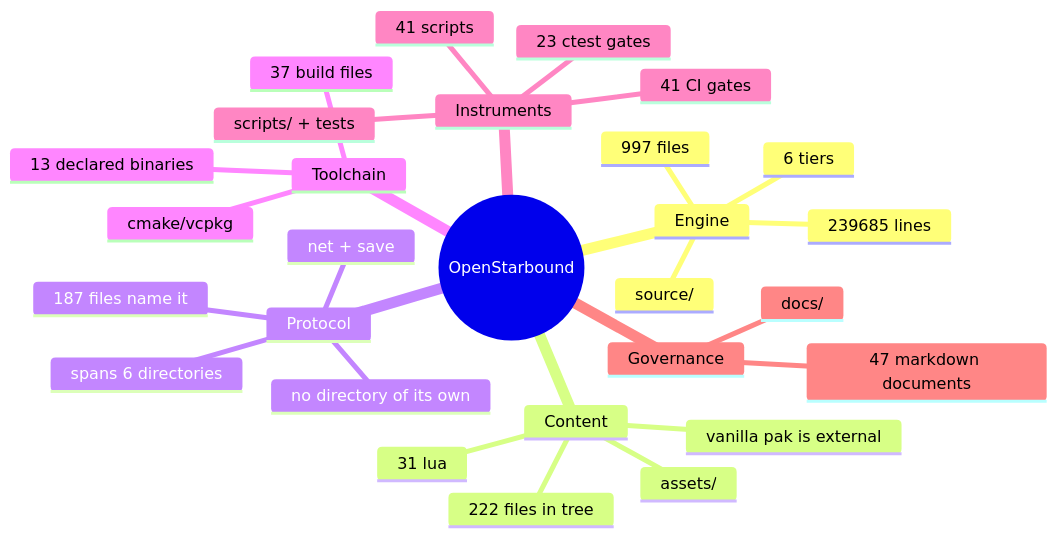
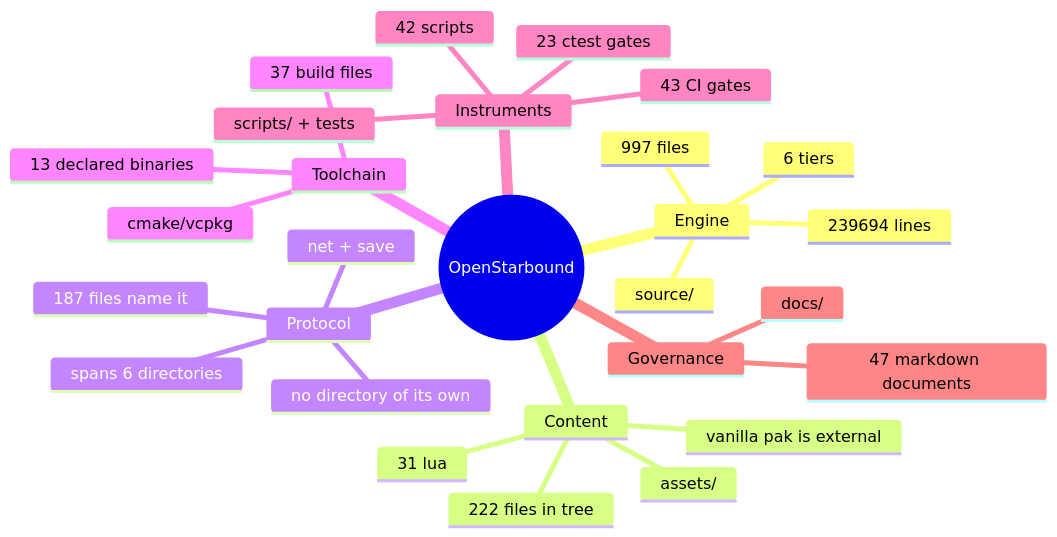
The second of 11 diagrams in docs/architecture/system-boundaries.md (apnex/OpenStarbound), drawn with Mermaid before and after one commit. The commit also changed other lines of this file and 4 other files, not shown here.

````diff
--- a/docs/architecture/system-boundaries.md
+++ b/docs/architecture/system-boundaries.md
@@ -166,31 +166,31 @@
 ```mermaid
 mindmap
   root((OpenStarbound))
     Engine
       source/
       997 files
-      239685 lines
+      239694 lines
       6 tiers
     Content
       assets/
       222 files in tree
       31 lua
       vanilla pak is external
     Protocol
       net + save
       187 files name it
       spans 6 directories
       no directory of its own
     Toolchain
       cmake/vcpkg
       37 build files
       13 declared binaries
     Instruments
       scripts/ + tests
-      41 scripts
+      42 scripts
       23 ctest gates
-      41 CI gates
+      43 CI gates
     Governance
       docs/
       47 markdown documents
 ```
````
